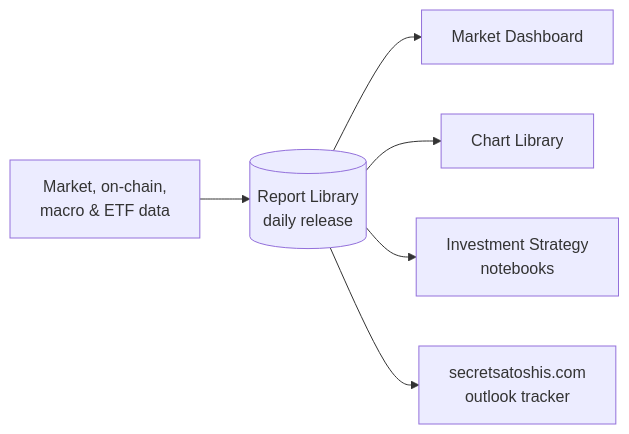
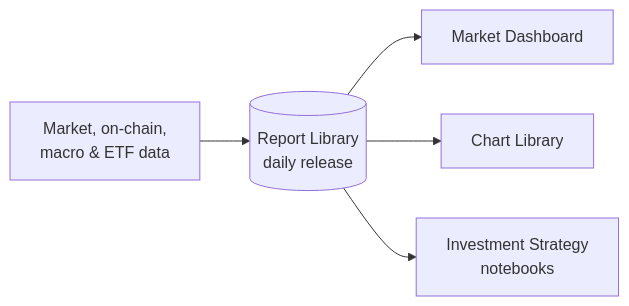
One commit to SecretSatoshis/.github changed the diagram in profile/README.md. Above: the diagram before and after it, drawn with Mermaid. The commit also changed other lines of this file, not shown here.

````diff
--- a/profile/README.md
+++ b/profile/README.md
@@ -24,8 +24,7 @@
 ```mermaid
 flowchart LR
     S["Market, on-chain,<br/>macro & ETF data"] --> R[("Report Library<br/>daily release")]
     R --> D["Market Dashboard"]
     R --> C["Chart Library"]
     R --> I["Investment Strategy<br/>notebooks"]
-    R --> W["secretsatoshis.com<br/>outlook tracker"]
 ```
````
